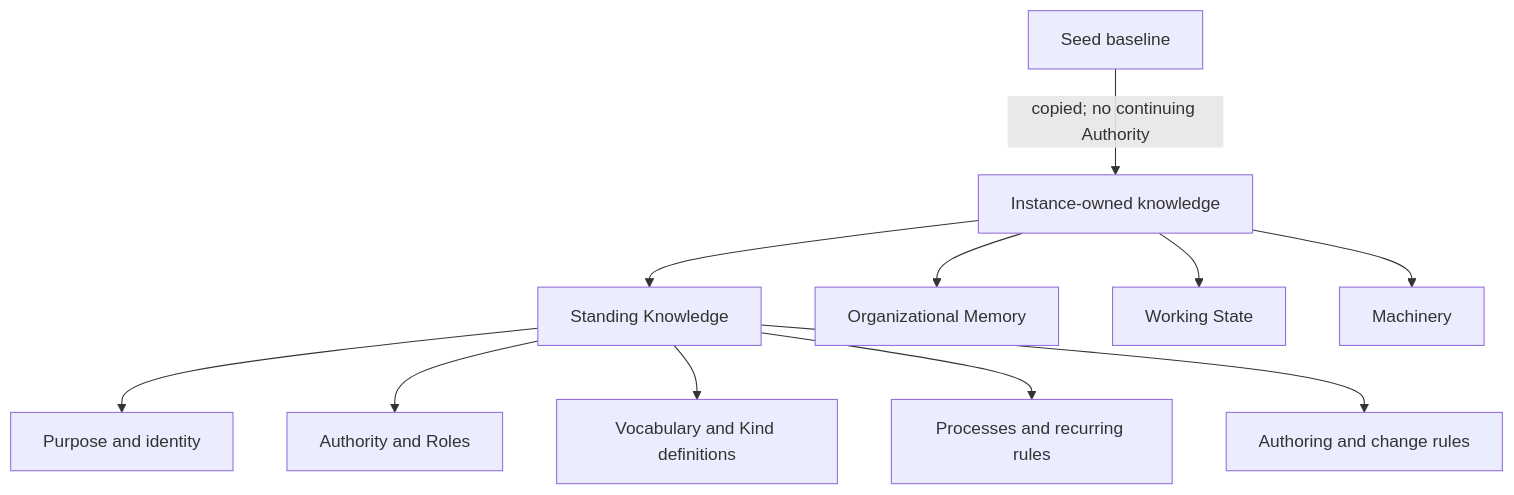
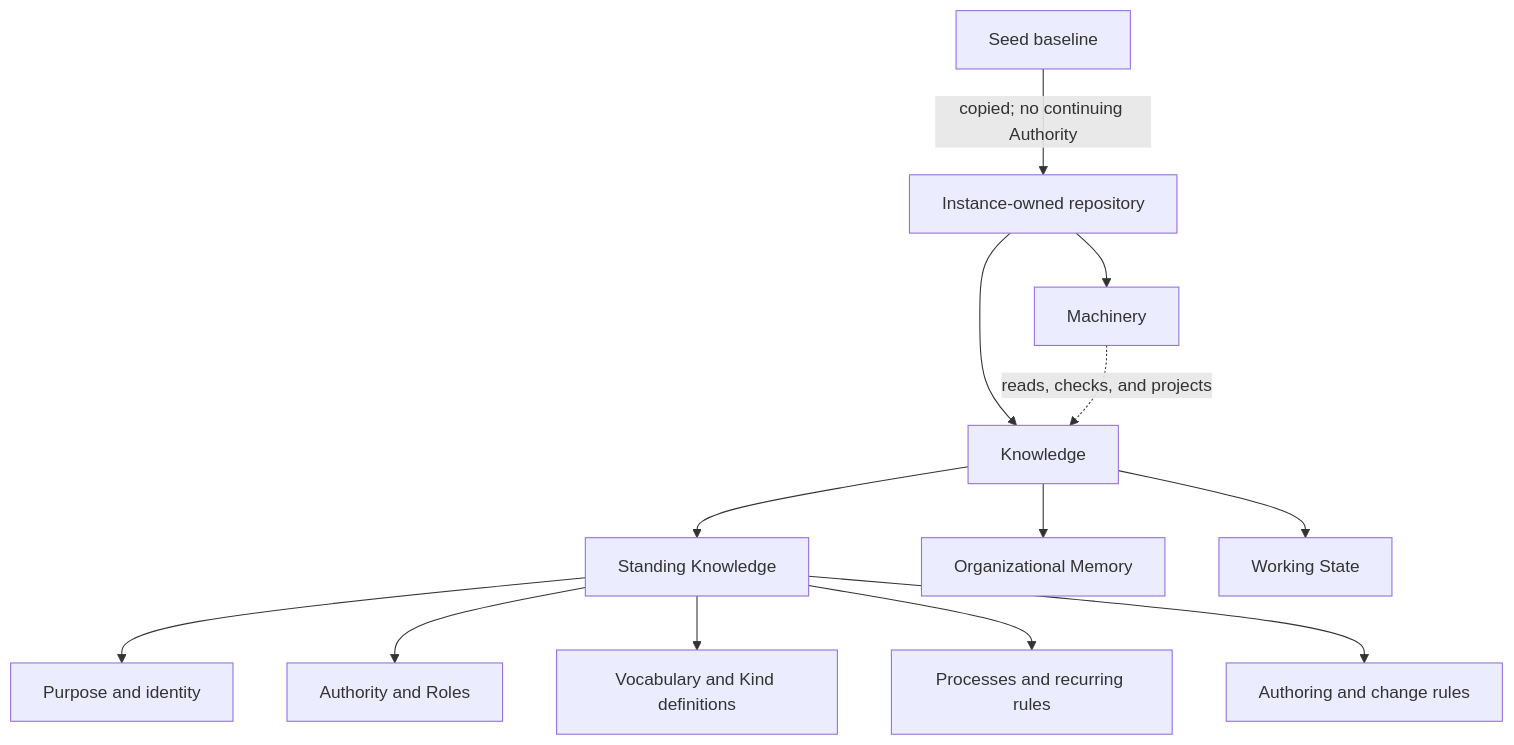
The diagram in KNOWLEDGE.md (codeyogi911/organizational-seed), drawn with Mermaid before and after one commit. The commit also changed other lines of this file and 5 other files, not shown here.

Commit message:
Separate Machinery from Knowledge

````diff
--- a/KNOWLEDGE.md
+++ b/KNOWLEDGE.md
@@ -15,13 +15,15 @@
 ```mermaid
 flowchart TB
-    Seed[Seed baseline] -->|copied; no continuing Authority| Instance[Instance-owned knowledge]
-    Instance --> Standing[Standing Knowledge]
-    Instance --> Memory[Organizational Memory]
-    Instance --> Working[Working State]
+    Seed[Seed baseline] -->|copied; no continuing Authority| Instance[Instance-owned repository]
+    Instance --> Knowledge[Knowledge]
     Instance --> Machinery[Machinery]
+    Knowledge --> Standing[Standing Knowledge]
+    Knowledge --> Memory[Organizational Memory]
+    Knowledge --> Working[Working State]
+    Machinery -. reads, checks, and projects .-> Knowledge
     Standing --> Identity[Purpose and identity]
     Standing --> Authority[Authority and Roles]
     Standing --> Language[Vocabulary and Kind definitions]
     Standing --> Behavior[Processes and recurring rules]
     Standing --> Evolution[Authoring and change rules]
 ```
````
